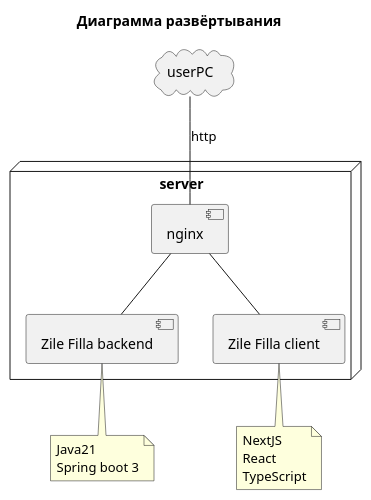
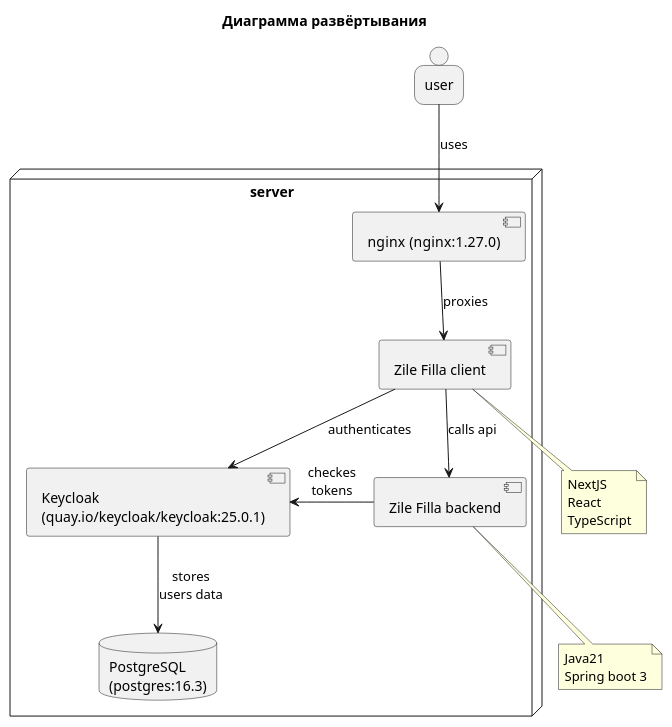
One commit to PavelPutin/Zile-filla changed the diagram in documentation/diagrams/D1-deploy.pu. Above: the diagram before and after it, drawn with PlantUML. The commit also changed 1 other file, not shown here.

```diff
--- a/documentation/diagrams/D1-deploy.pu
+++ b/documentation/diagrams/D1-deploy.pu
@@ -1,22 +1,25 @@
 @startuml D1-deploy
 title
 Диаграмма развёртывания
 end title
 
-cloud userPC {
+person user
 
+node server {
+    component "nginx  (nginx:1.27.0)" as proxy
+    component "Zile Filla backend" as backend
+    component "Zile Filla client" as client
+    component "Keycloak\n(quay.io/keycloak/keycloak:25.0.1)" as keycloak
+    database "PostgreSQL\n(postgres:16.3)" as db
 }
 
-node server {
-    component nginx as proxy
-    component "Zile Filla backend" as backend
-    component "Zile Filla client" as client
-}
-
-userPC -- proxy : http
-proxy -- backend
-proxy -- client
+user --> proxy : uses
+proxy --> client : proxies
+client --> backend : calls api
+client --> keycloak : authenticates
+backend -left-> keycloak : checkes\ntokens
+keycloak --> db : stores\nusers data
 
 note bottom of backend : Java21\nSpring boot 3
 note bottom of client : NextJS\nReact\nTypeScript
 @enduml
```
